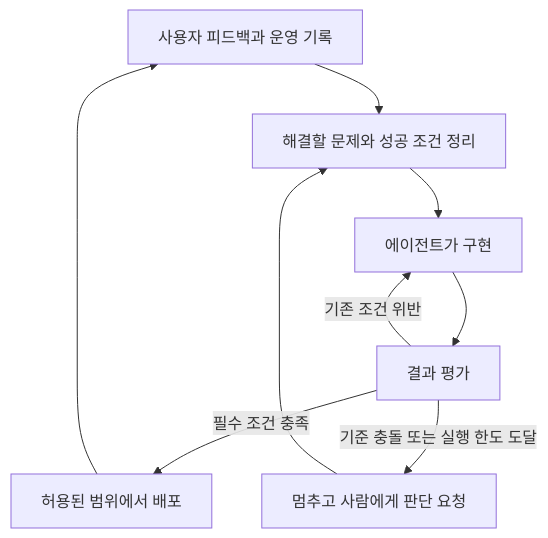
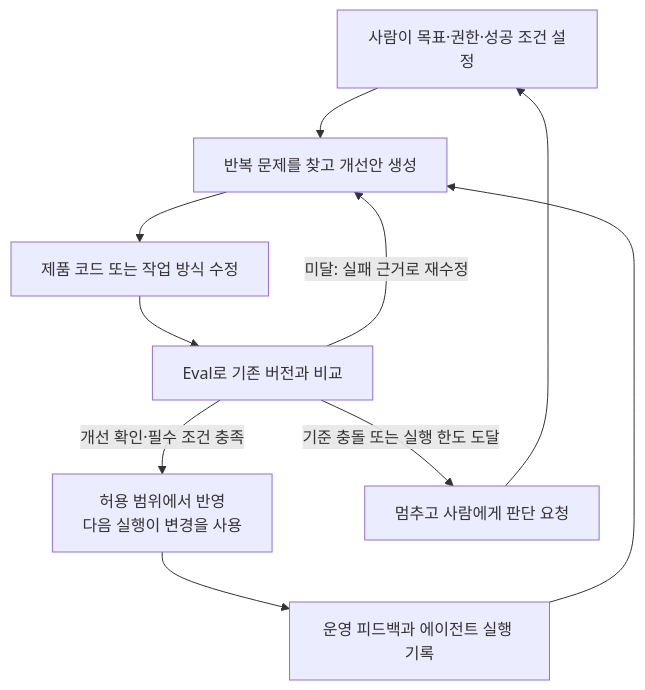
One commit to haandol/haandol.github.com changed the first of 2 diagrams in _posts/2026-10-05-software-factory-evals-and-tension-metrics.md. Above: the diagram before and after it, drawn with Mermaid. The commit also changed other lines of this file and 1 other file, not shown here.

````diff
--- a/_posts/2026-10-05-software-factory-evals-and-tension-metrics.md
+++ b/_posts/2026-10-05-software-factory-evals-and-tension-metrics.md
@@ -41,11 +50,12 @@
 ```mermaid
 flowchart TD
-    A["사용자 피드백과 운영 기록"] --> B["해결할 문제와 성공 조건 정리"]
-    B --> C["에이전트가 구현"]
-    C --> D["결과 평가"]
-    D -->|기존 조건 위반| C
-    D -->|필수 조건 충족| E["허용된 범위에서 배포"]
+    H["사람이 목표·권한·성공 조건 설정"] --> B
+    A["운영 피드백과 에이전트 실행 기록"] --> B["반복 문제를 찾고 개선안 생성"]
+    B --> C["제품 코드 또는 작업 방식 수정"]
+    C --> D["Eval로 기존 버전과 비교"]
+    D -->|미달: 실패 근거로 재수정| B
+    D -->|개선 확인·필수 조건 충족| E["허용 범위에서 반영<br/>다음 실행이 변경을 사용"]
     E --> A
     D -->|기준 충돌 또는 실행 한도 도달| F["멈추고 사람에게 판단 요청"]
-    F --> B
+    F --> H
 ```
````
